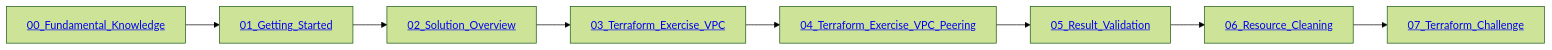
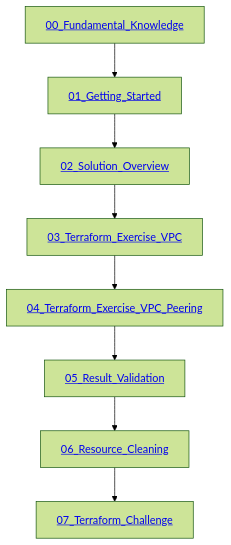
One commit to Huawei-APAC-Professional-Services/terraform-101-workshop changed the diagram in README.md. Above: the diagram before and after it, drawn with Mermaid (forest theme).

````diff
--- a/README.md
+++ b/README.md
@@ -46,19 +46,19 @@
-```mermaid.flowchartConfig = {width: 100%}
-flowchart LR
+```mermaid
+flowchart TB
     00_Fundamental_Knowledge[<a href='https://github.com/Huawei-APAC-Professional-Services/terraform-101-workshop/blob/master/workshop/00_Fundamental_Knowledge.md'>00_Fundamental_Knowledge</a>]
 
     00_Fundamental_Knowledge --> 01_Getting_Started[<a href='https://github.com/Huawei-APAC-Professional-Services/terraform-101-workshop/blob/master/workshop/01_Getting_Started.md'>01_Getting_Started</a>]
 
     01_Getting_Started --> 02_Solution_Overview[<a href='https://github.com/Huawei-APAC-Professional-Services/terraform-101-workshop/blob/master/workshop/02_Solution_Overview.md'>02_Solution_Overview</a>]
 
     02_Solution_Overview --> 03_Terraform_Exercise_VPC[<a href='https://github.com/Huawei-APAC-Professional-Services/terraform-101-workshop/blob/master/workshop/03_Terraform_Exercise_VPC.md'>03_Terraform_Exercise_VPC</a>]
 
     03_Terraform_Exercise_VPC --> 04_Terraform_Exercise_VPC_Peering[<a href='https://github.com/Huawei-APAC-Professional-Services/terraform-101-workshop/blob/master/workshop/04_Terraform_Exercise_VPC_Peering.md'>04_Terraform_Exercise_VPC_Peering</a>]
 
     04_Terraform_Exercise_VPC_Peering --> 05_Result_Validation[<a href='https://github.com/Huawei-APAC-Professional-Services/terraform-101-workshop/blob/master/workshop/05_Result_Validation.md'>05_Result_Validation</a>]
 
     05_Result_Validation --> 06_Resource_Cleaning[<a href='https://github.com/Huawei-APAC-Professional-Services/terraform-101-workshop/blob/master/workshop/06_Resource_Cleaning.md'>06_Resource_Cleaning</a>]
 
     06_Resource_Cleaning --> 07_Terraform_Challenge[<a href='https://github.com/Huawei-APAC-Professional-Services/terraform-101-workshop/blob/master/workshop/07_Terraform_Challenge.md'>07_Terraform_Challenge</a>]
 
 ```
````
